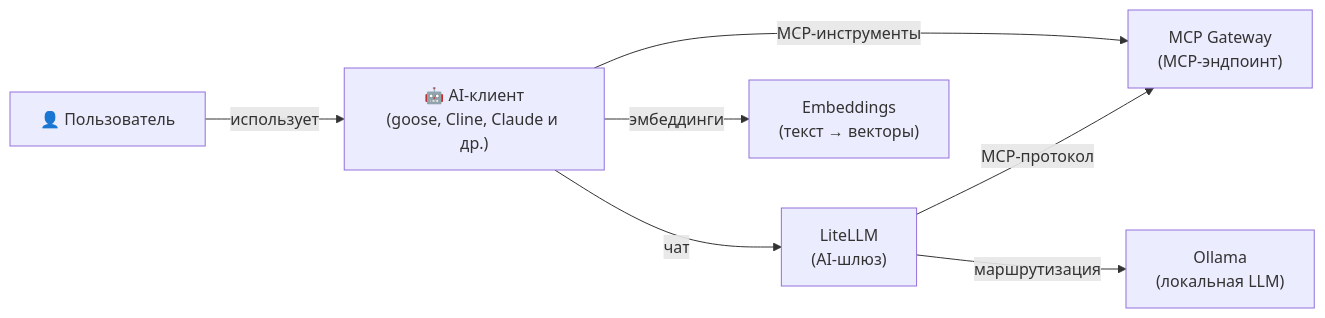
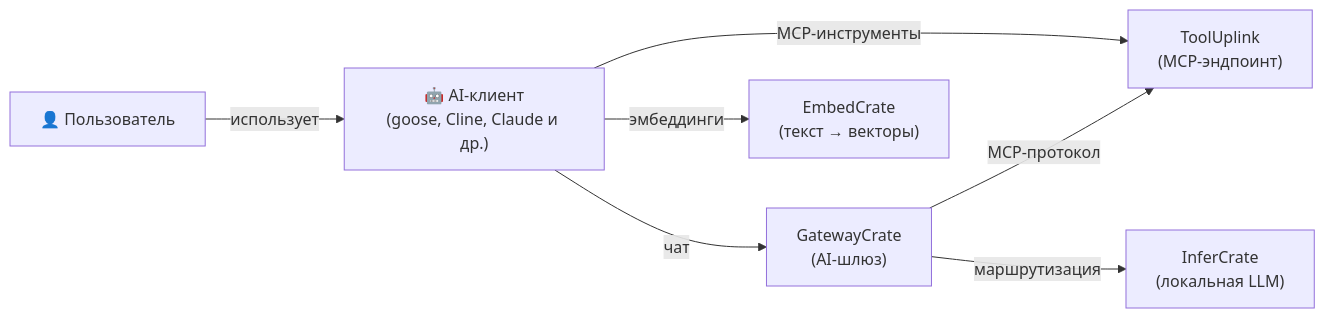
Before and after one commit to hwdsl2/self-hosted-ai-stack: the diagram in stacks/code-assistant/README-ru.md, drawn with Mermaid. The commit also changed other lines of this file and 47 other files, not shown here.

````diff
--- a/stacks/code-assistant/README-ru.md
+++ b/stacks/code-assistant/README-ru.md
@@ -17,9 +17,9 @@
 ```mermaid
 graph LR
     U["👤 Пользователь"] -->|использует| C["🤖 AI-клиент<br/>(goose, Cline, Claude и др.)"]
-    C -->|MCP-инструменты| M["MCP Gateway<br/>(MCP-эндпоинт)"]
-    C -->|чат| L["LiteLLM<br/>(AI-шлюз)"]
-    L -->|маршрутизация| O["Ollama<br/>(локальная LLM)"]
+    C -->|MCP-инструменты| M["ToolUplink<br/>(MCP-эндпоинт)"]
+    C -->|чат| L["GatewayCrate<br/>(AI-шлюз)"]
+    L -->|маршрутизация| O["InferCrate<br/>(локальная LLM)"]
     L -->|MCP-протокол| M
-    C -->|эмбеддинги| E["Embeddings<br/>(текст → векторы)"]
+    C -->|эмбеддинги| E["EmbedCrate<br/>(текст → векторы)"]
 ```
````
